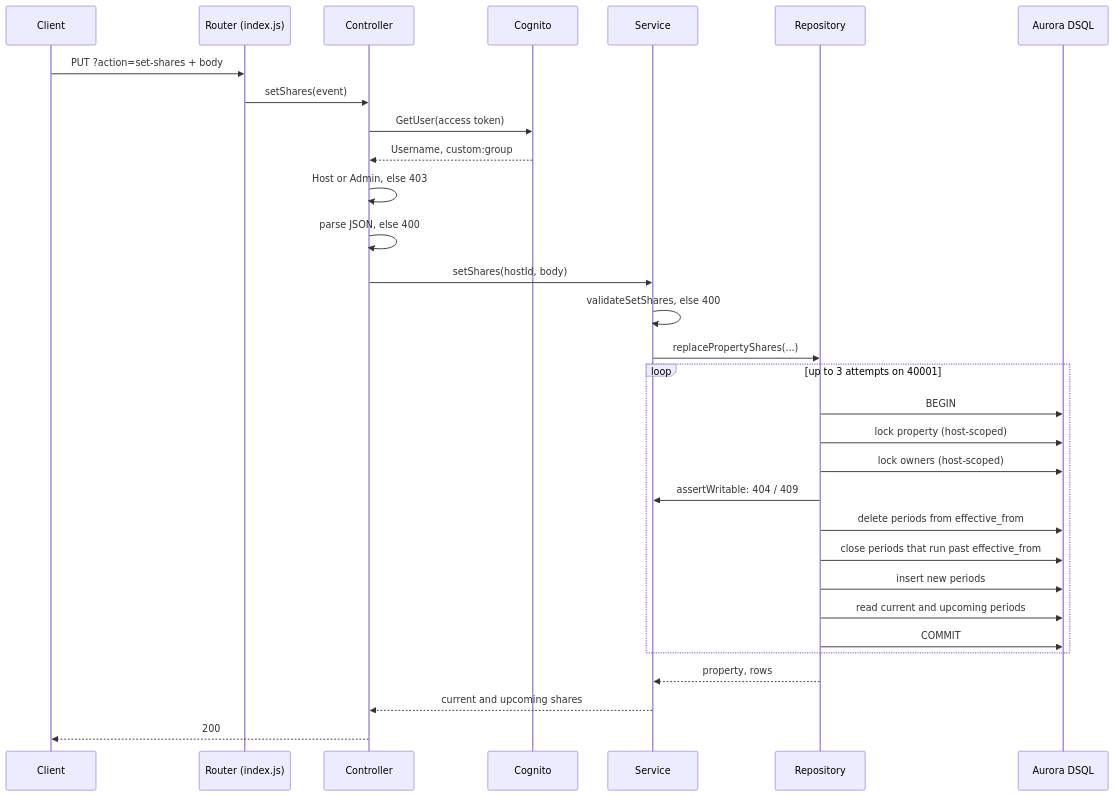
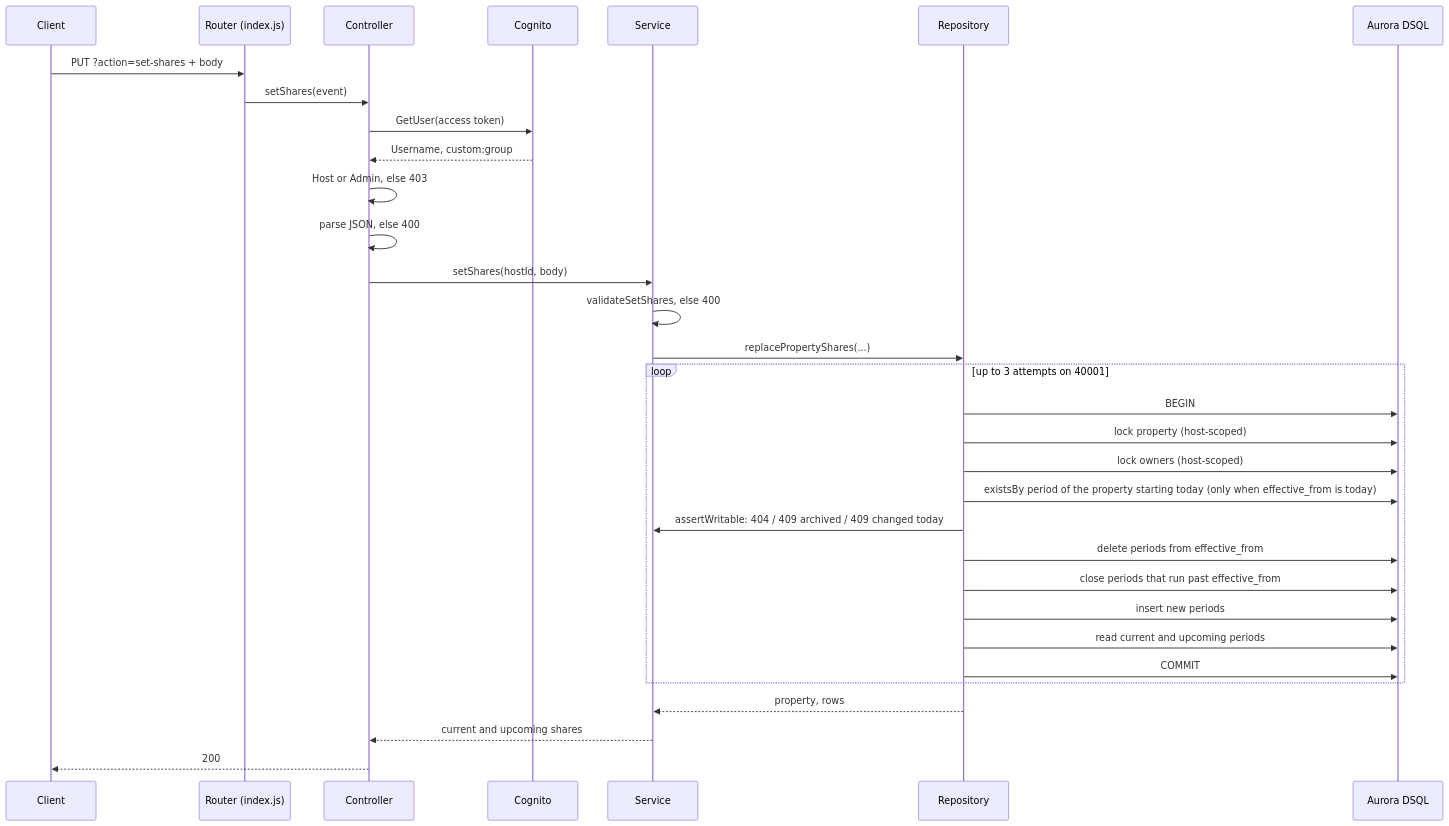
One commit to domits1/Domits changed the second of 2 diagrams in docs/internal/apis/propertyowners/property_owners.md. Above: the diagram before and after it, drawn with Mermaid. The commit also changed other lines of this file and 1 other file, not shown here.

Commit message:
docs(property-owners): document the 5-year limit, the same-day rule and the ANY proxy setup (#3239)

````diff
--- a/docs/internal/apis/propertyowners/property_owners.md
+++ b/docs/internal/apis/propertyowners/property_owners.md
@@ -186,34 +188,35 @@
 ```mermaid
 sequenceDiagram
     participant C as Client
     participant R as Router (index.js)
     participant Ctl as Controller
     participant Cog as Cognito
     participant S as Service
     participant Repo as Repository
     participant DB as Aurora DSQL
 
     C->>R: PUT ?action=set-shares + body
     R->>Ctl: setShares(event)
     Ctl->>Cog: GetUser(access token)
     Cog-->>Ctl: Username, custom:group
     Ctl->>Ctl: Host or Admin, else 403
     Ctl->>Ctl: parse JSON, else 400
     Ctl->>S: setShares(hostId, body)
     S->>S: validateSetShares, else 400
     S->>Repo: replacePropertyShares(...)
     loop up to 3 attempts on 40001
         Repo->>DB: BEGIN
         Repo->>DB: lock property (host-scoped)
         Repo->>DB: lock owners (host-scoped)
-        Repo->>S: assertWritable: 404 / 409
+        Repo->>DB: existsBy period of the property starting today (only when effective_from is today)
+        Repo->>S: assertWritable: 404 / 409 archived / 409 changed today
         Repo->>DB: delete periods from effective_from
         Repo->>DB: close periods that run past effective_from
         Repo->>DB: insert new periods
         Repo->>DB: read current and upcoming periods
         Repo->>DB: COMMIT
     end
     Repo-->>S: property, rows
     S-->>Ctl: current and upcoming shares
     Ctl-->>C: 200
 ```
````
